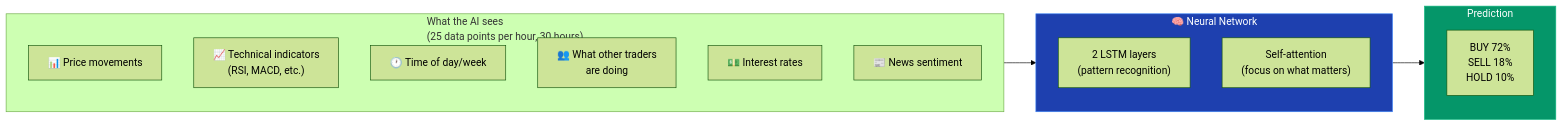
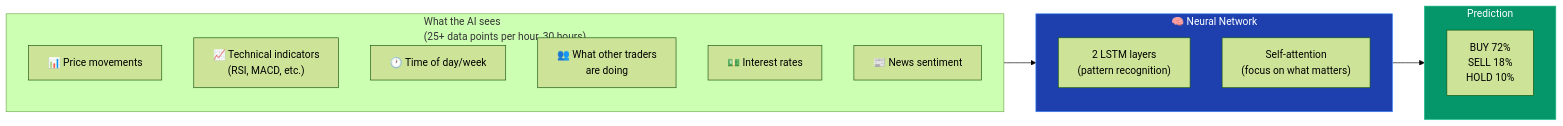
One commit to joegooderham/ai-trader-bot changed the second of 7 diagrams in docs/How-AI-Is-Used.md. Above: the diagram before and after it, drawn with Mermaid (forest theme). The commit also changed other lines of this file and 8 other files, not shown here.

````diff
--- a/docs/How-AI-Is-Used.md
+++ b/docs/How-AI-Is-Used.md
@@ -38,25 +38,25 @@
 ```mermaid
 flowchart LR
-    subgraph Input["What the AI sees<br/>(25 data points per hour, 30 hours)"]
+    subgraph Input["What the AI sees<br/>(25+ data points per hour, 30 hours)"]
         A["📊 Price movements"]
         B["📈 Technical indicators<br/>(RSI, MACD, etc.)"]
         C["🕐 Time of day/week"]
         D["👥 What other traders<br/>are doing"]
         E["💵 Interest rates"]
         F["📰 News sentiment"]
     end
 
     subgraph Brain["🧠 Neural Network"]
         G["2 LSTM layers<br/>(pattern recognition)"]
         H["Self-attention<br/>(focus on what matters)"]
     end
 
     subgraph Output["Prediction"]
         I["BUY 72%<br/>SELL 18%<br/>HOLD 10%"]
     end
 
     Input --> Brain --> Output
 
     style Brain fill:#1e40af,stroke:#3b82f6,color:#fff
     style Output fill:#059669,stroke:#10b981,color:#fff
 ```
````
